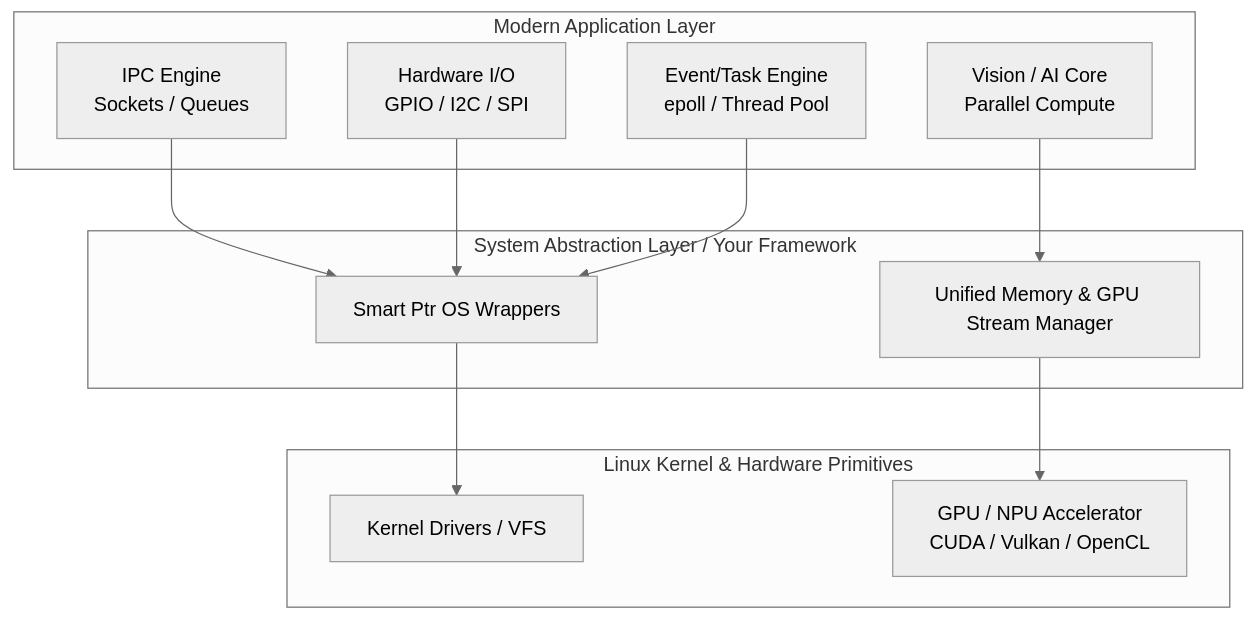
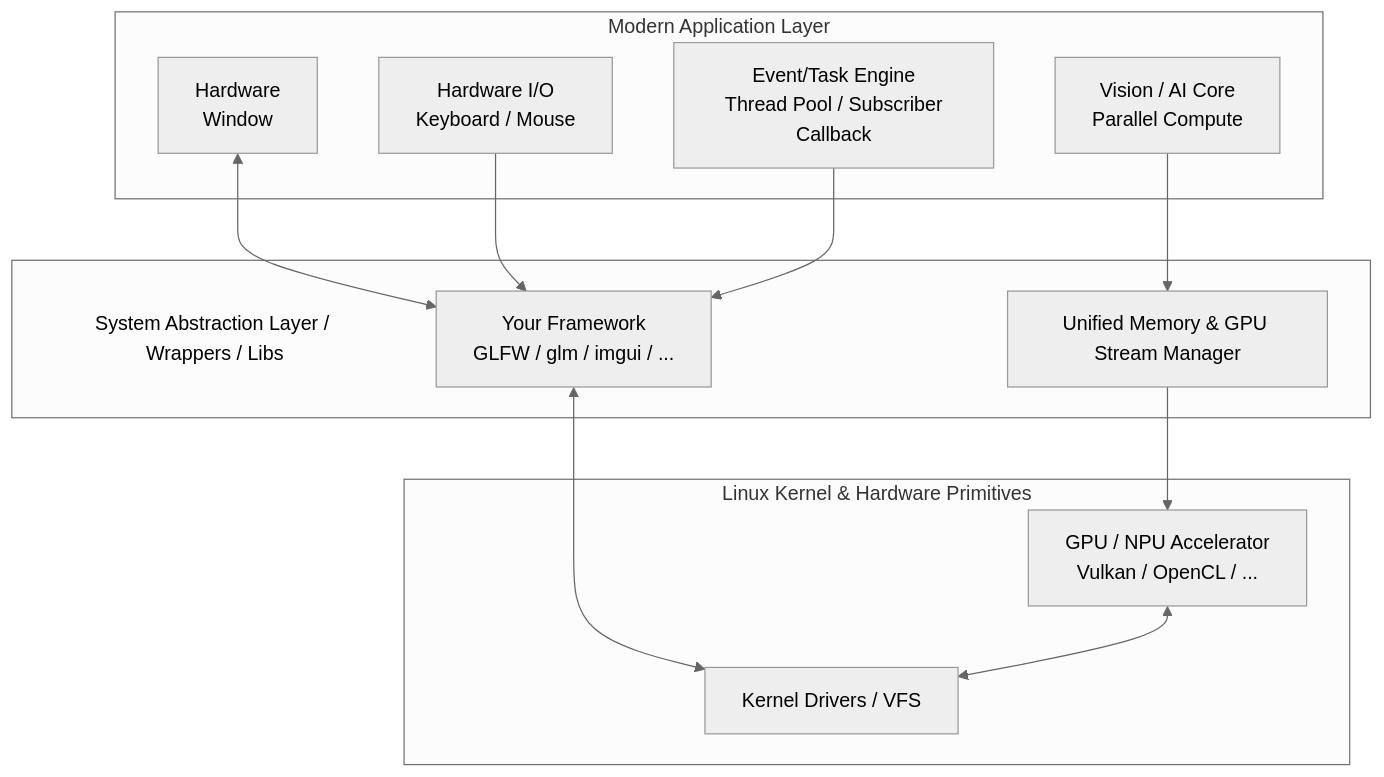
The second of 2 diagrams in README.md (lequochaidevh/knowledge-acquisition), drawn with Mermaid (neutral theme) before and after one commit. The commit also changed other lines of this file and 1 other file, not shown here.

Commit message:
Updated mermaid HarisEngine lib

````diff
--- a/README.md
+++ b/README.md
@@ -80,27 +82,33 @@
 ```mermaid
 graph TD
     subgraph App [Modern Application Layer]
-        A[IPC Engine<br>Sockets / Queues]
-        B[Hardware I/O<br>GPIO / I2C / SPI]
-        C[Event/Task Engine<br>epoll / Thread Pool]
+        A[Hardware <br> Window ]
+        B[Hardware I/O<br> Keyboard / Mouse ]
+        C[Event/Task Engine<br> Thread Pool / Subscriber Callback ]
         GPU_App[Vision / AI Core<br>Parallel Compute]
     end
 
-    subgraph Wrapper [System Abstraction Layer / Your Framework]
-        SAL_Core[Smart Ptr OS Wrappers]
+    Wrapper_note[System Abstraction Layer / Wrappers / Libs]
+    style Wrapper_note fill:none,stroke:none,font-weight:none,color:#000000
+    
+    subgraph Wrapper [" "]
+        SAL_Core[Your Framework<br> GLFW / glm / imgui / ...]
         SAL_GPU[Unified Memory & GPU Stream Manager]
+        Wrapper_note
     end
-    
+
     subgraph Hardware [Linux Kernel & Hardware Primitives]
         D[Kernel Drivers / VFS]
-        E[GPU / NPU Accelerator<br>CUDA / Vulkan / OpenCL]
+        E[GPU / NPU Accelerator<br> Vulkan / OpenCL / ... ]
     end
 
-    A --> SAL_Core
+
+    A <--> SAL_Core
     B --> SAL_Core
     C --> SAL_Core
     GPU_App --> SAL_GPU
 
-    SAL_Core --> D
+    SAL_Core <--> D
     SAL_GPU --> E
+    E <--> D
 ```
````
